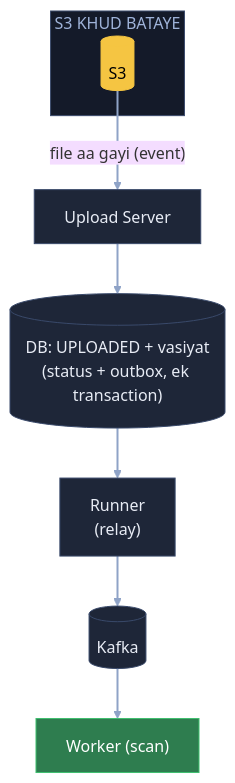
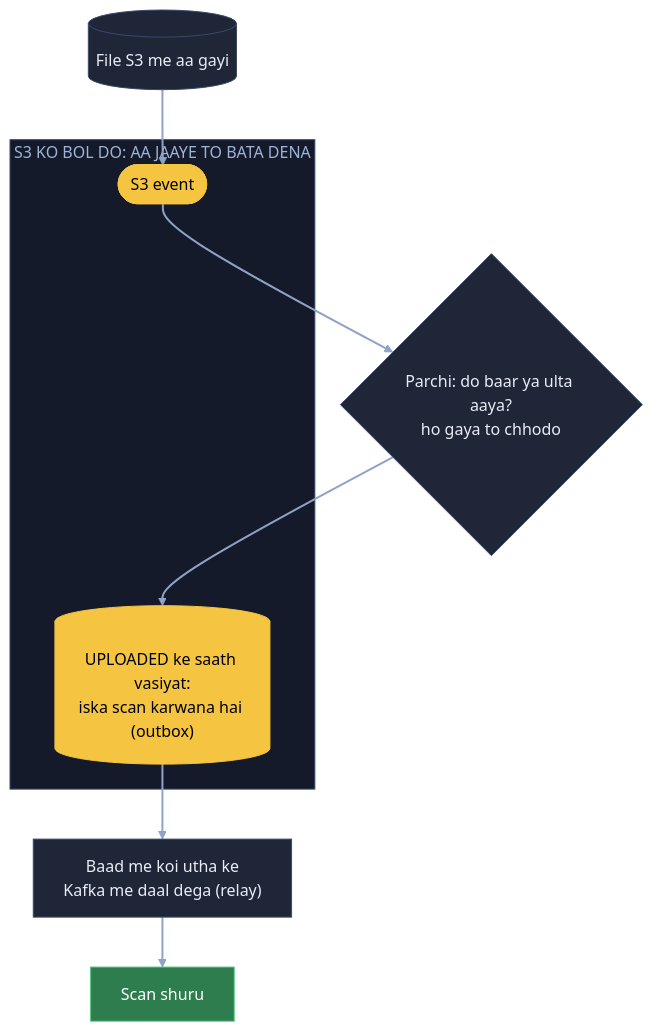
The fourth of 8 diagrams in 04_HLD/SYSTEM_DESIGNS/07_file_upload_validate_system/07_file_upload.md (ArpanMaheshwari144/Prep), drawn with Mermaid (base theme) before and after one commit. The commit also changed other lines of this file, not shown here.

Commit message:
File upload: 8 diagram hand notes ke shabdon se; core me 7 nahi (notes jaisa), 'kiski hai', K3 apni jodi line hatai

````diff
--- a/04_HLD/SYSTEM_DESIGNS/07_file_upload_validate_system/07_file_upload.md
+++ b/04_HLD/SYSTEM_DESIGNS/07_file_upload_validate_system/07_file_upload.md
@@ -155,22 +156,22 @@
 ```mermaid
 flowchart TB
-    subgraph SB["S3 KHUD BATAYE"]
-        S3[("S3")]:::pill
+    S3[("File S3 me aa gayi")]:::card
+    subgraph SB["S3 KO BOL DO: AA JAAYE TO BATA DENA"]
+        E(["S3 event"]):::pill
+        V[("UPLOADED ke saath vasiyat:<br/>iska scan karwana hai (outbox)")]:::pill
     end
-    U["Upload Server"]:::card
-    DB[("DB: UPLOADED + vasiyat<br/>(status + outbox, ek transaction)")]:::card
-    R["Runner<br/>(relay)"]:::card
-    K[("Kafka")]:::card
-    W["Worker (scan)"]:::good
-    S3 -- "file aa gayi (event)" --> U
-    U --> DB
-    DB --> R
-    R --> K
-    K --> W
+    R["Baad me koi utha ke<br/>Kafka me daal dega (relay)"]:::card
+    P{"Parchi: do baar ya ulta aaya?<br/>ho gaya to chhodo"}:::card
+    W["Scan shuru"]:::good
+    S3 --> E
+    E --> P
+    P --> V
+    V --> R
+    R --> W
     linkStyle default stroke:#8fa3c7,stroke-width:2px
     classDef card fill:#1e2638,stroke:#3a4a6b,color:#e8ecf5
     classDef pill fill:#f5c542,stroke:#f5c542,color:#000
     classDef good fill:#2e7d4f,stroke:#3fbf6f,color:#fff
     classDef bad fill:#5c1f24,stroke:#e05561,color:#fff
     style SB fill:#141a29,stroke:#3a4a6b,color:#9fb3d9
 ```
````
